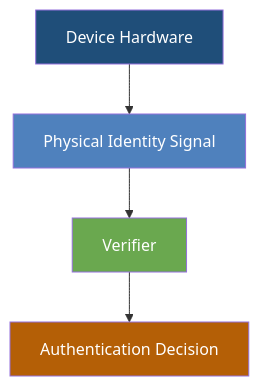
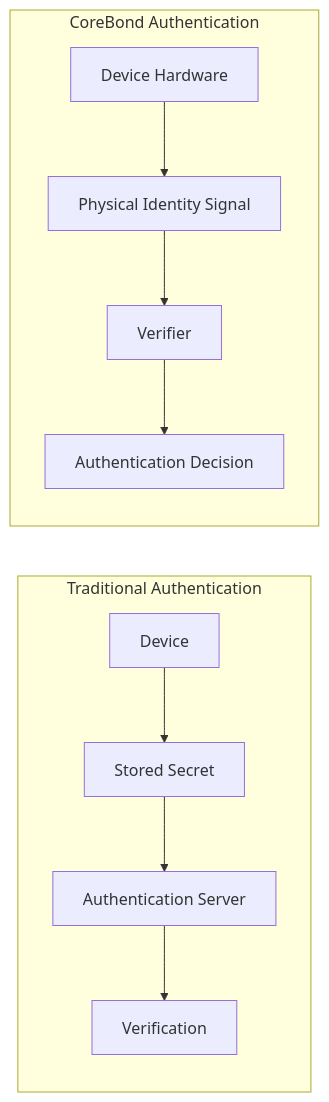
One commit to CoreBond/corebond-architecture changed the diagram in README.md. Above: the diagram before and after it, drawn with Mermaid.

````diff
--- a/README.md
+++ b/README.md
@@ -39,12 +39,15 @@
 ```mermaid
-flowchart TD
+flowchart LR
 
-A[Device Hardware] --> B[Physical Identity Signal]
-B --> C[Verifier]
-C --> D[Authentication Decision]
+subgraph Traditional Authentication
+A[Device] --> B[Stored Secret]
+B --> C[Authentication Server]
+C --> D[Verification]
+end
 
-style A fill:#1f4e79,color:#fff
-style B fill:#4f81bd,color:#fff
-style C fill:#6aa84f,color:#fff
-style D fill:#b45f06,color:#fff
+subgraph CoreBond Authentication
+E[Device Hardware] --> F[Physical Identity Signal]
+F --> G[Verifier]
+G --> H[Authentication Decision]
+end
 ```
````
